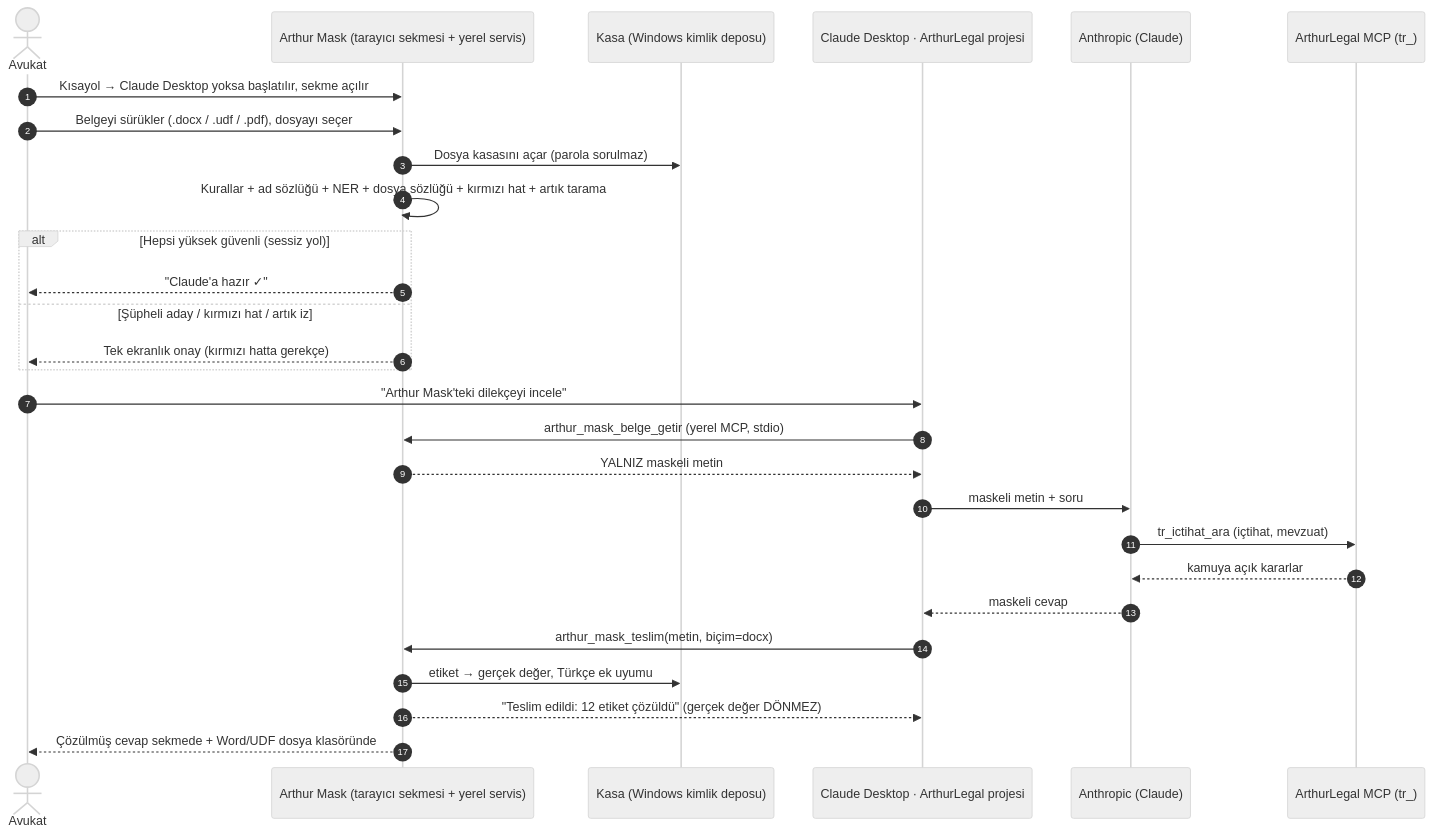
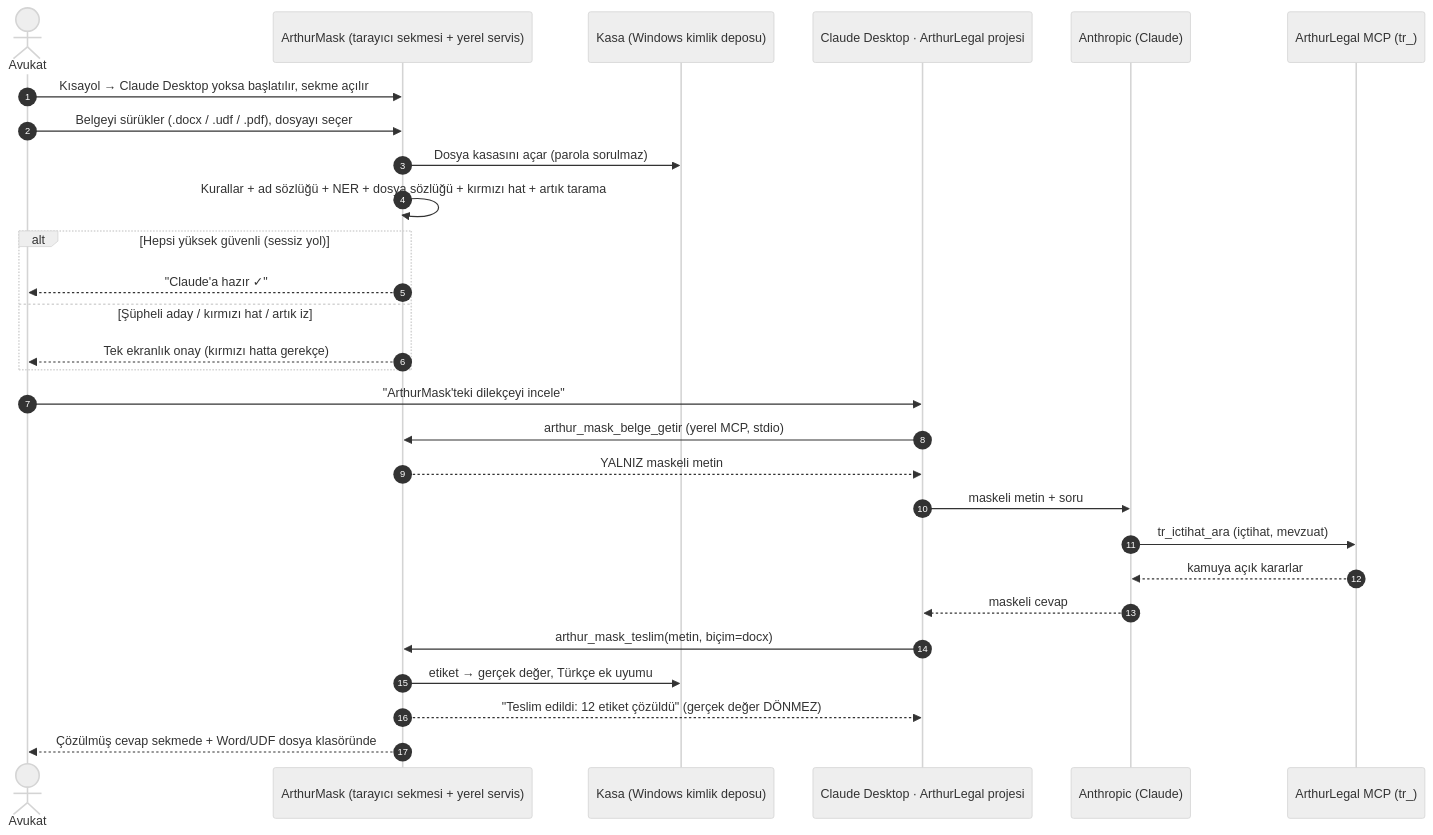
One commit to beerbottle90/arthur-mask changed the diagram in docs/platform-mimarisi.md. Above: the diagram before and after it, drawn with Mermaid (neutral theme). The commit also changed other lines of this file and 36 other files, not shown here.

First line of the commit message:
Sürüm 1.1.3: ürün adı bitişik yazılır (ArthurMask)

````diff
--- a/docs/platform-mimarisi.md
+++ b/docs/platform-mimarisi.md
@@ -27,31 +27,31 @@
 ```mermaid
 sequenceDiagram
     autonumber
     actor Av as Avukat
-    participant AM as Arthur Mask (tarayıcı sekmesi + yerel servis)
+    participant AM as ArthurMask (tarayıcı sekmesi + yerel servis)
     participant K as Kasa (Windows kimlik deposu)
     participant CD as Claude Desktop · ArthurLegal projesi
     participant AN as Anthropic (Claude)
     participant TR as ArthurLegal MCP (tr_)
 
     Av->>AM: Kısayol → Claude Desktop yoksa başlatılır, sekme açılır
     Av->>AM: Belgeyi sürükler (.docx / .udf / .pdf), dosyayı seçer
     AM->>K: Dosya kasasını açar (parola sorulmaz)
     AM->>AM: Kurallar + ad sözlüğü + NER + dosya sözlüğü + kırmızı hat + artık tarama
     alt Hepsi yüksek güvenli (sessiz yol)
         AM-->>Av: "Claude'a hazır ✓"
     else Şüpheli aday / kırmızı hat / artık iz
         AM-->>Av: Tek ekranlık onay (kırmızı hatta gerekçe)
     end
-    Av->>CD: "Arthur Mask'teki dilekçeyi incele"
+    Av->>CD: "ArthurMask'teki dilekçeyi incele"
     CD->>AM: arthur_mask_belge_getir (yerel MCP, stdio)
     AM-->>CD: YALNIZ maskeli metin
     CD->>AN: maskeli metin + soru
     AN->>TR: tr_ictihat_ara (içtihat, mevzuat)
     TR-->>AN: kamuya açık kararlar
     AN-->>CD: maskeli cevap
     CD->>AM: arthur_mask_teslim(metin, biçim=docx)
     AM->>K: etiket → gerçek değer, Türkçe ek uyumu
     AM-->>CD: "Teslim edildi: 12 etiket çözüldü" (gerçek değer DÖNMEZ)
     AM-->>Av: Çözülmüş cevap sekmede + Word/UDF dosya klasöründe
 ```
````
